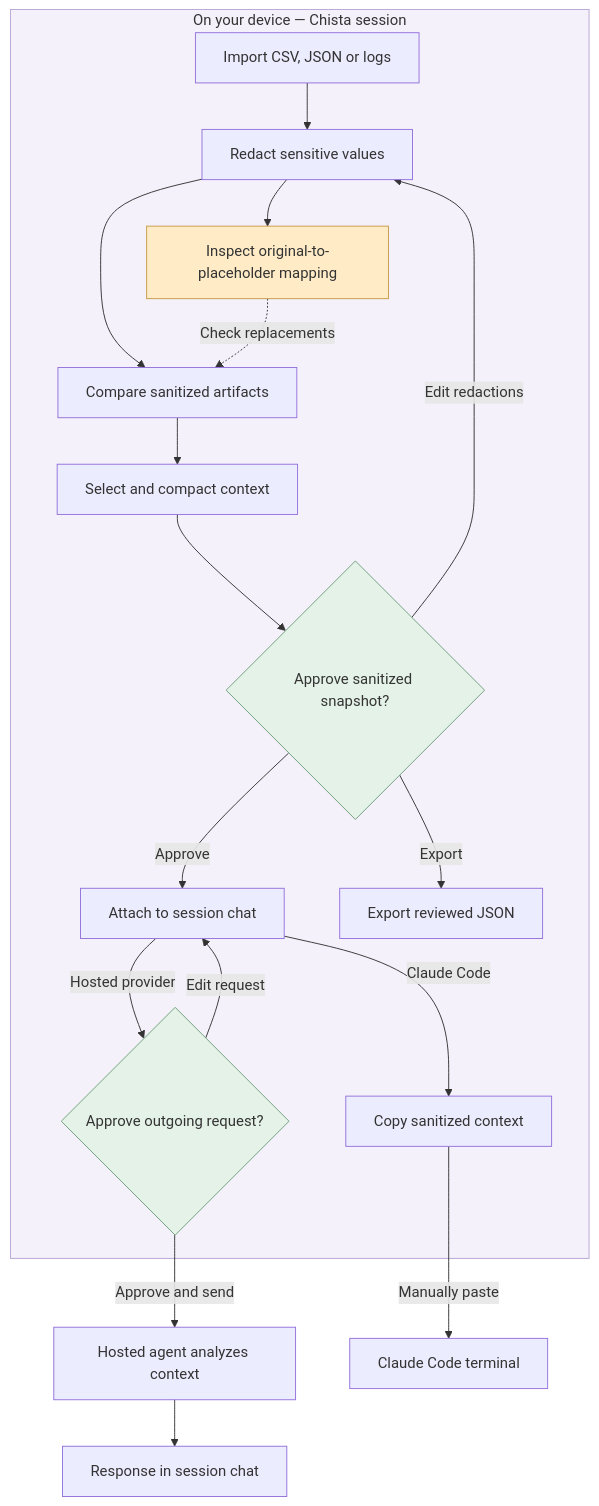
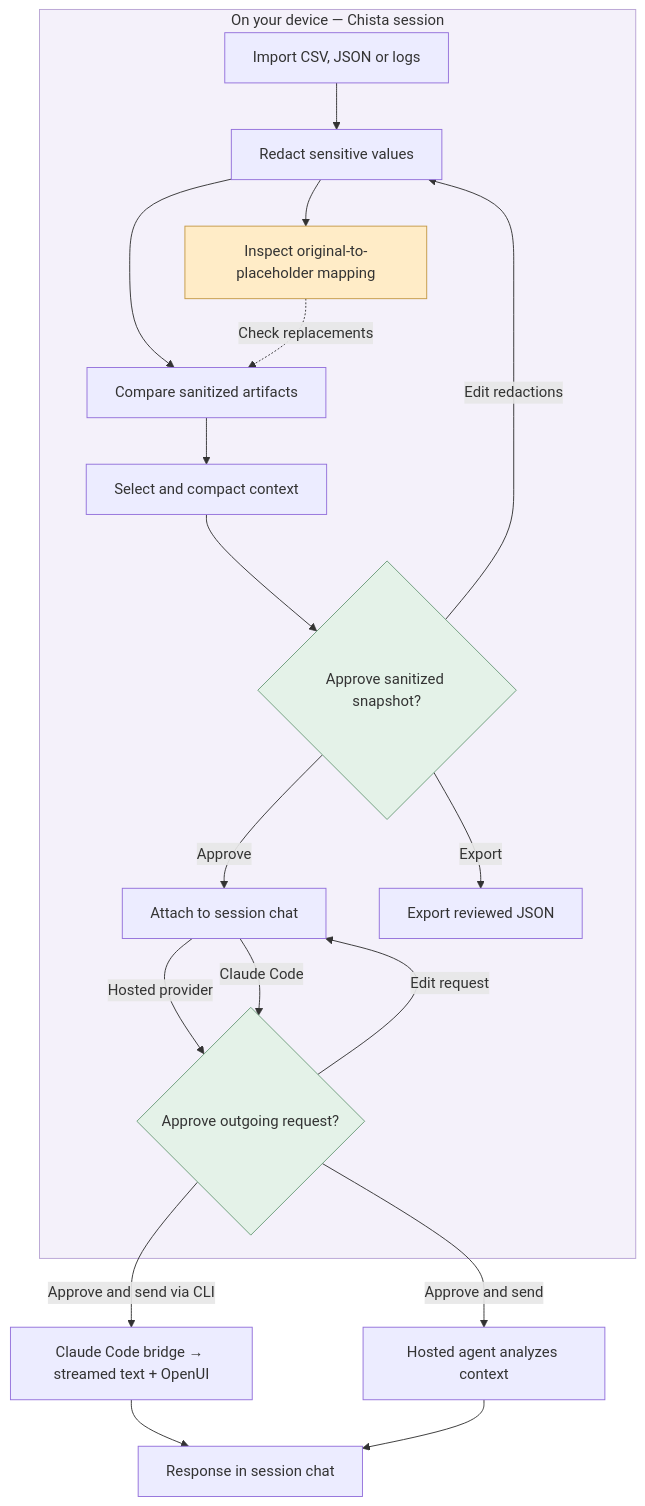
One commit to hadiranjbar25/chista changed the diagram in README.md. Above: the diagram before and after it, drawn with Mermaid. The commit also changed other lines of this file and 22 other files, not shown here.

Commit message:
Stream Claude Code replies into safe debugging chat

````diff
--- a/README.md
+++ b/README.md
@@ -15,37 +15,37 @@
 ```mermaid
 flowchart TD
     subgraph device ["On your device — Chista session"]
         raw["Import CSV, JSON or logs"]
         redact["Redact sensitive values"]
         mapping["Inspect original-to-placeholder mapping"]
         evidence["Compare sanitized artifacts"]
         compact["Select and compact context"]
         review{"Approve sanitized snapshot?"}
         attach["Attach to session chat"]
         outgoing{"Approve outgoing request?"}
-        copy["Copy sanitized context"]
         exportFile["Export reviewed JSON"]
 
         raw --> redact
         redact --> mapping
         redact --> evidence
         mapping -.->|"Check replacements"| evidence
         evidence --> compact
         compact --> review
         review -->|"Edit redactions"| redact
         review -->|"Approve"| attach
         review -->|"Export"| exportFile
         attach -->|"Hosted provider"| outgoing
         outgoing -->|"Edit request"| attach
-        attach -->|"Claude Code"| copy
+        attach -->|"Claude Code"| outgoing
     end
 
     outgoing -->|"Approve and send"| hosted["Hosted agent analyzes context"]
-    copy -->|"Manually paste"| claude["Claude Code terminal"]
+    outgoing -->|"Approve and send via CLI"| claude["Claude Code bridge → streamed text + OpenUI"]
+    claude --> reply
     hosted --> reply["Response in session chat"]
 
     style device fill:#F4F1FA,stroke:#B8A4D4
     style mapping fill:#FFECC7,stroke:#C59A46
     style review fill:#E4F2E8,stroke:#6D9D7B
     style outgoing fill:#E4F2E8,stroke:#6D9D7B
 ```
````
